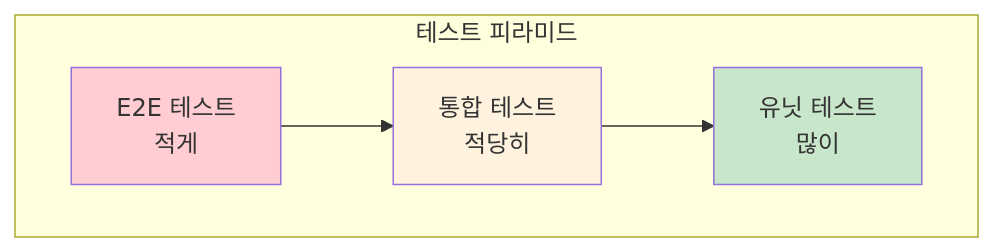
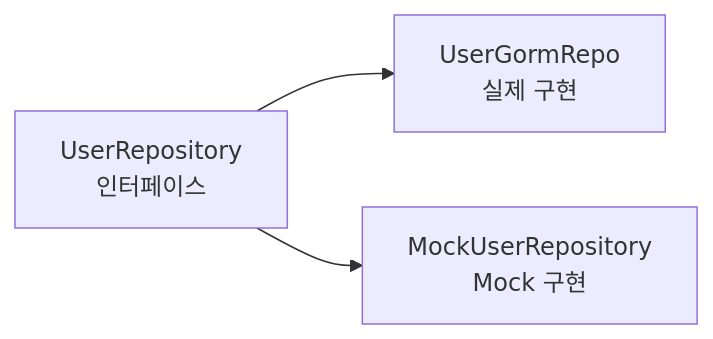
Before and after one commit to KimSeogyu/KimSeogyu.github.io: the first of 4 diagrams in src/content/backend/go/enterprise-go-7-testing.md, drawn with Mermaid. The commit also changed other lines of this file and 7 other files, not shown here.

````diff
--- a/src/content/backend/go/enterprise-go-7-testing.md
+++ b/src/content/backend/go/enterprise-go-7-testing.md
@@ -26,15 +41,5 @@
 ```mermaid
-graph TB
-    subgraph "테스트 피라미드"
-        E2E[E2E 테스트<br/>적게]
-        INT[통합 테스트<br/>적당히]
-        UNIT[유닛 테스트<br/>많이]
-    end
-    
-    E2E --> INT
-    INT --> UNIT
-    
-    style UNIT fill:#c8e6c9
-    style INT fill:#fff3e0
-    style E2E fill:#ffcdd2
+graph LR
+    INTERFACE[UserRepository<br/>인터페이스] --> IMPL[UserGormRepo<br/>실제 구현]
+    INTERFACE --> MOCK[MockUserRepository<br/>Mock 구현]
 ```
````
